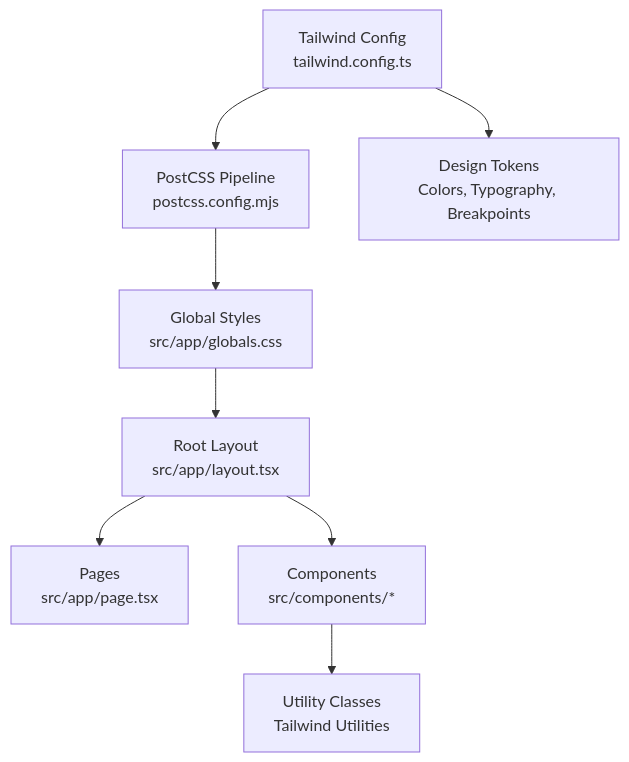
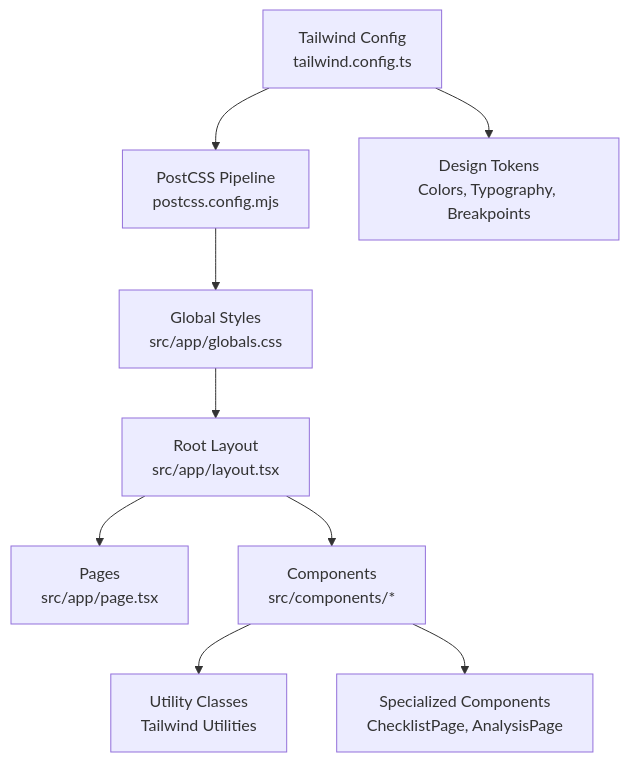
One commit to alibaba-hackathon-fsi/frontend-vaya changed the first of 3 diagrams in .qoder/repowiki/en/content/Styling and Theming.md. Above: the diagram before and after it, drawn with Mermaid. The commit also changed other lines of this file and 36 other files, not shown here.

````diff
--- a/.qoder/repowiki/en/content/Styling and Theming.md
+++ b/.qoder/repowiki/en/content/Styling and Theming.md
@@ -38,10 +50,11 @@
 ```mermaid
 graph TB
 A["Tailwind Config<br/>tailwind.config.ts"] --> B["PostCSS Pipeline<br/>postcss.config.mjs"]
 B --> C["Global Styles<br/>src/app/globals.css"]
 C --> D["Root Layout<br/>src/app/layout.tsx"]
 D --> E["Pages<br/>src/app/page.tsx"]
 D --> F["Components<br/>src/components/*"]
 F --> G["Utility Classes<br/>Tailwind Utilities"]
-A --> H["Design Tokens<br/>Colors, Typography, Breakpoints"]
+F --> H["Specialized Components<br/>ChecklistPage, AnalysisPage"]
+A --> I["Design Tokens<br/>Colors, Typography, Breakpoints"]
 ```
````
